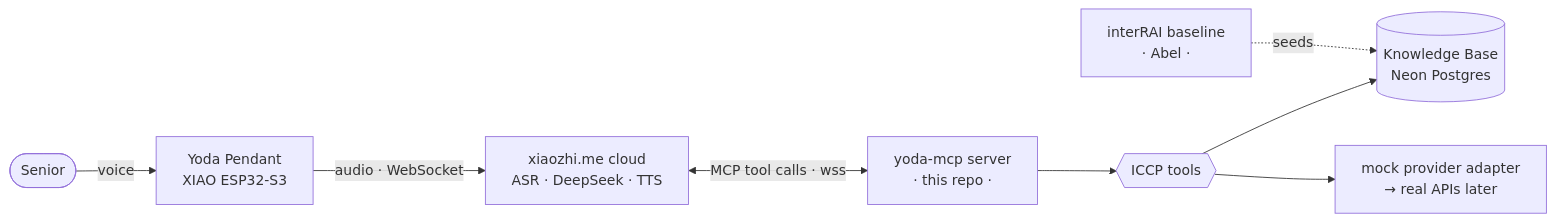
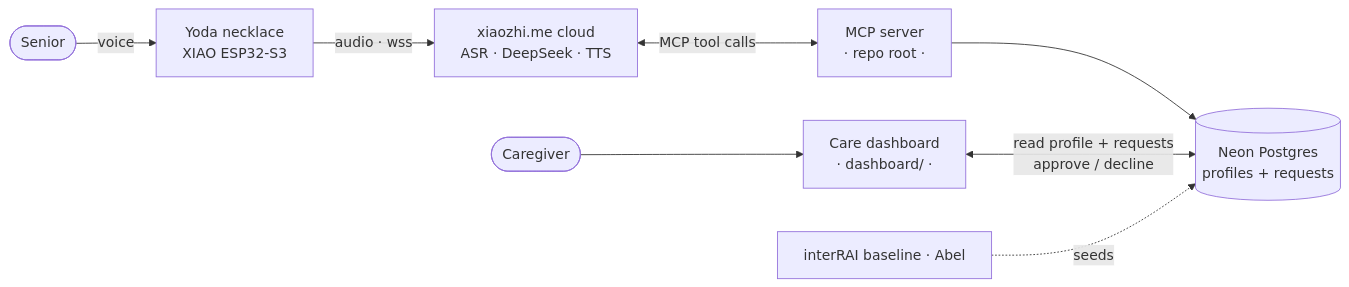
The diagram in README.md (AbhishekVulla/yoda-mcp), drawn with Mermaid before and after one commit. The commit also changed other lines of this file, not shown here.

Commit message:
docs: README for the monorepo, two-sided architecture, folder structure, request/approval flow

````diff
--- a/README.md
+++ b/README.md
@@ -27,10 +29,10 @@
 ```mermaid
 flowchart LR
-  Senior([Senior]) -->|voice| Pendant[Yoda Pendant<br/>XIAO ESP32-S3]
-  Pendant -->|audio · WebSocket| Cloud[xiaozhi.me cloud<br/>ASR · DeepSeek · TTS]
-  Cloud <-->|MCP tool calls · wss| Server[yoda-mcp server<br/>· this repo ·]
-  Server --> Tools{{ICCP tools}}
-  Tools --> KB[(Knowledge Base<br/>Neon Postgres)]
-  Tools --> Mock[mock provider adapter<br/>→ real APIs later]
-  Baseline[interRAI baseline<br/>· Abel ·] -. seeds .-> KB
+  Senior([Senior]) -->|voice| Pendant[Yoda necklace<br/>XIAO ESP32-S3]
+  Pendant -->|audio · wss| Cloud[xiaozhi.me cloud<br/>ASR · DeepSeek · TTS]
+  Cloud <-->|MCP tool calls| Server[MCP server<br/>· repo root ·]
+  Server --> Neon[(Neon Postgres<br/>profiles + requests)]
+  Caregiver([Caregiver]) --> Dash[Care dashboard<br/>· dashboard/ ·]
+  Dash <-->|read profile + requests<br/>approve / decline| Neon
+  Baseline[interRAI baseline · Abel] -. seeds .-> Neon
 ```
````
